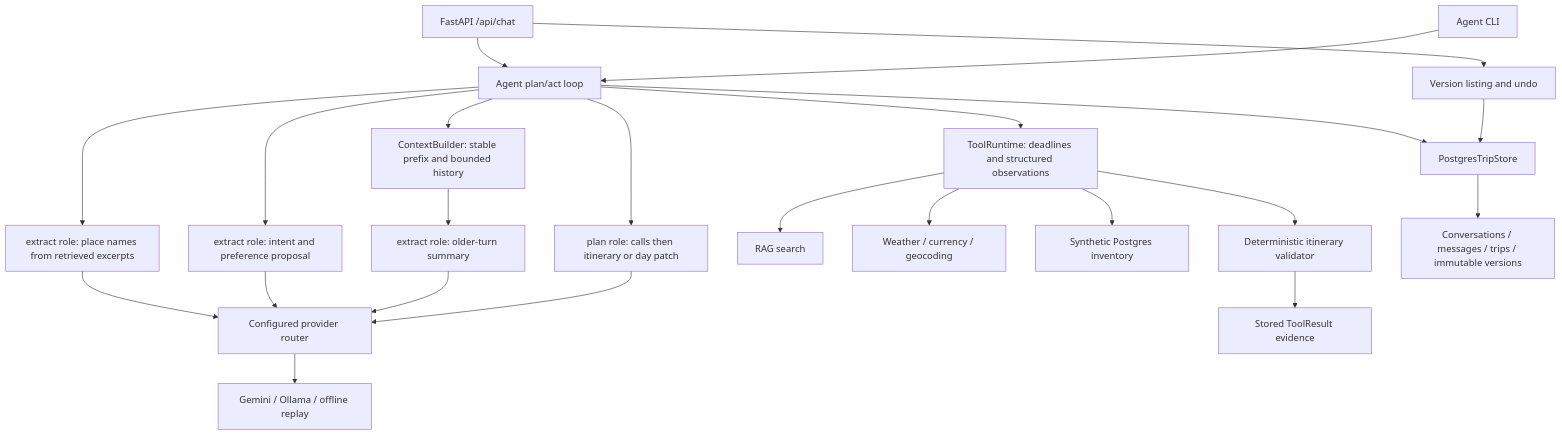
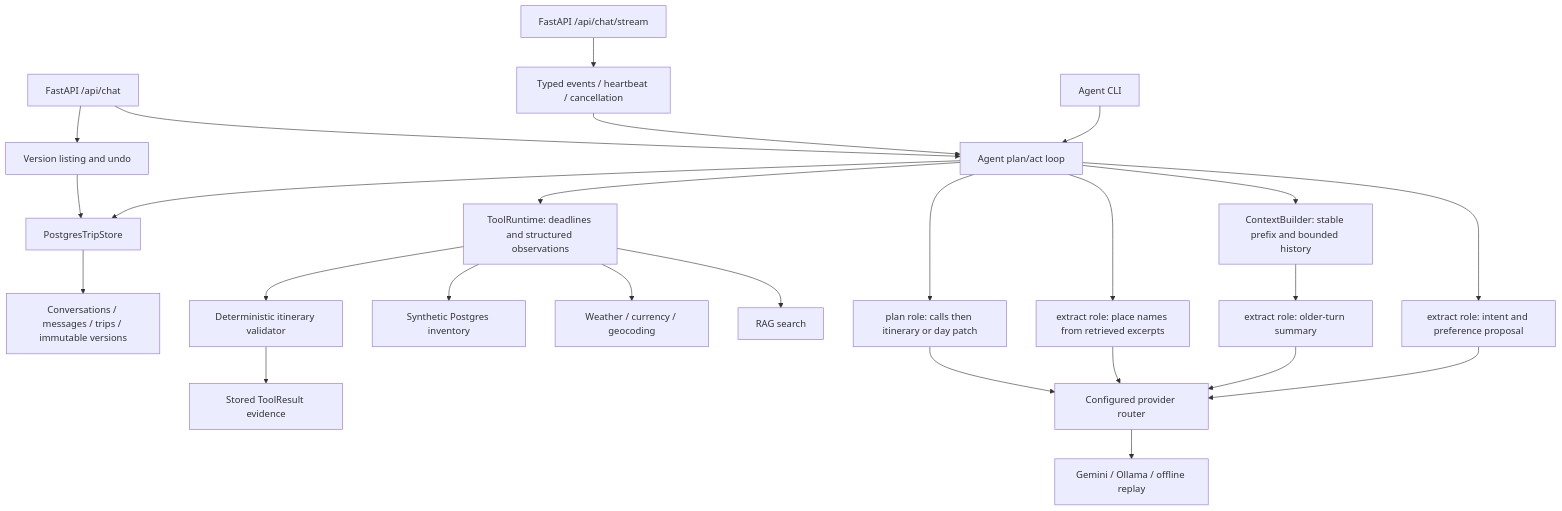
Before and after one commit to AndreasPr/AI-Travel-Agent: the diagram in docs/architecture.md, drawn with Mermaid. The commit also changed other lines of this file and 18 other files, not shown here.

````diff
--- a/docs/architecture.md
+++ b/docs/architecture.md
@@ -5,25 +5,27 @@
 ```mermaid
 flowchart TD
     HTTP[FastAPI /api/chat] --> Agent[Agent plan/act loop]
+    SSE[FastAPI /api/chat/stream] --> Events[Typed events / heartbeat / cancellation]
+    Events --> Agent
     CLI[Agent CLI] --> Agent
     Agent --> Intent[extract role: intent and preference proposal]
     Agent --> Context[ContextBuilder: stable prefix and bounded history]
     Context --> Summary[extract role: older-turn summary]
     Agent --> Places[extract role: place names from retrieved excerpts]
     Places --> Router
     Agent --> Plan[plan role: calls then itinerary or day patch]
     Intent --> Router[Configured provider router]
     Summary --> Router
     Plan --> Router
     Router --> Providers[Gemini / Ollama / offline replay]
     Agent --> Runtime[ToolRuntime: deadlines and structured observations]
     Runtime --> Retrieval[RAG search]
     Runtime --> HTTPTools[Weather / currency / geocoding]
     Runtime --> Inventory[Synthetic Postgres inventory]
     Runtime --> Validation[Deterministic itinerary validator]
     Validation --> Ledger[Stored ToolResult evidence]
     Agent --> Store[PostgresTripStore]
     Store --> DB[Conversations / messages / trips / immutable versions]
     HTTP --> Versions[Version listing and undo]
     Versions --> Store
 ```
````
